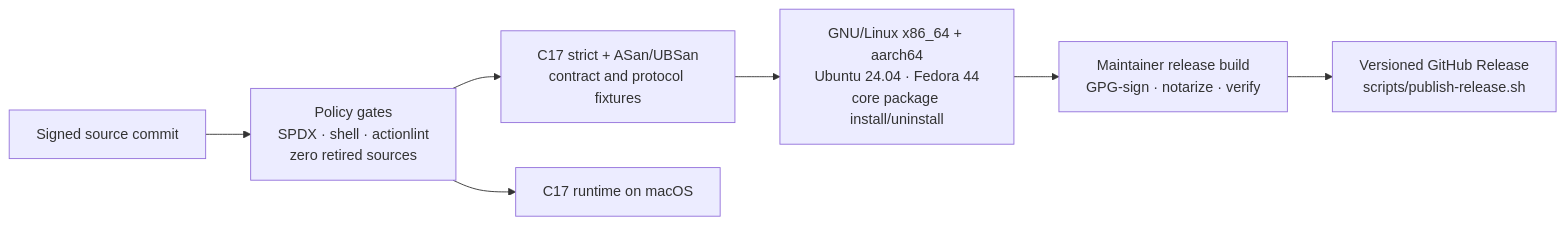
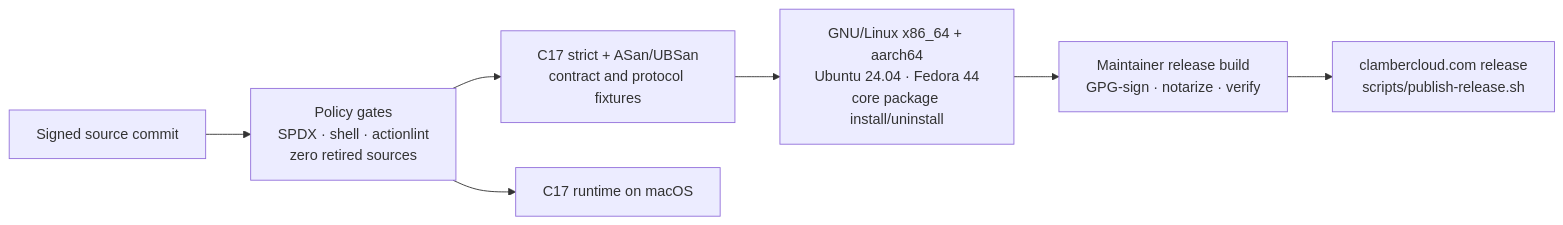
One commit to JohnThre/clambhook changed the third of 4 diagrams in README.md. Above: the diagram before and after it, drawn with Mermaid. The commit also changed other lines of this file and 22 other files, not shown here.

Commit message:
release: distribute installers only from clambercloud.com (#28)

````diff
--- a/README.md
+++ b/README.md
@@ -188,9 +188,9 @@
 ```mermaid
 flowchart LR
     source["Signed source commit"] --> policy["Policy gates<br/>SPDX · shell · actionlint<br/>zero retired sources"]
     policy --> ctest["C17 strict + ASan/UBSan<br/>contract and protocol fixtures"]
     policy --> macos["C17 runtime on macOS"]
     ctest --> linux["GNU/Linux x86_64 + aarch64<br/>Ubuntu 24.04 · Fedora 44<br/>core package install/uninstall"]
     linux --> local["Maintainer release build<br/>GPG-sign · notarize · verify"]
-    local --> releases["Versioned GitHub Release<br/>scripts/publish-release.sh"]
+    local --> releases["clambercloud.com release<br/>scripts/publish-release.sh"]
 ```
````
